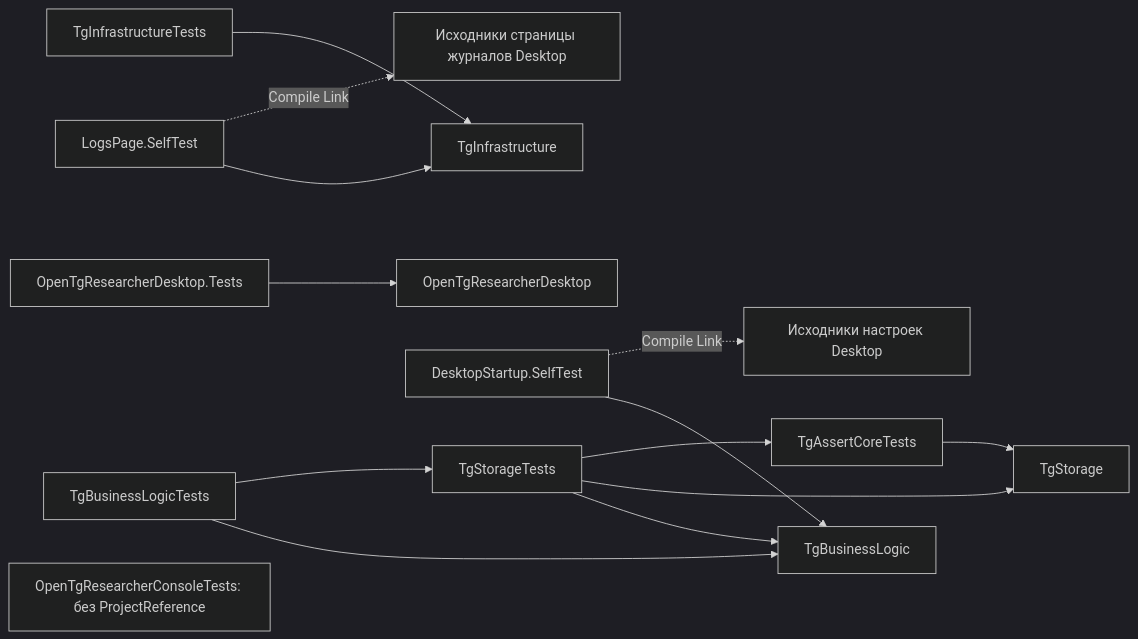
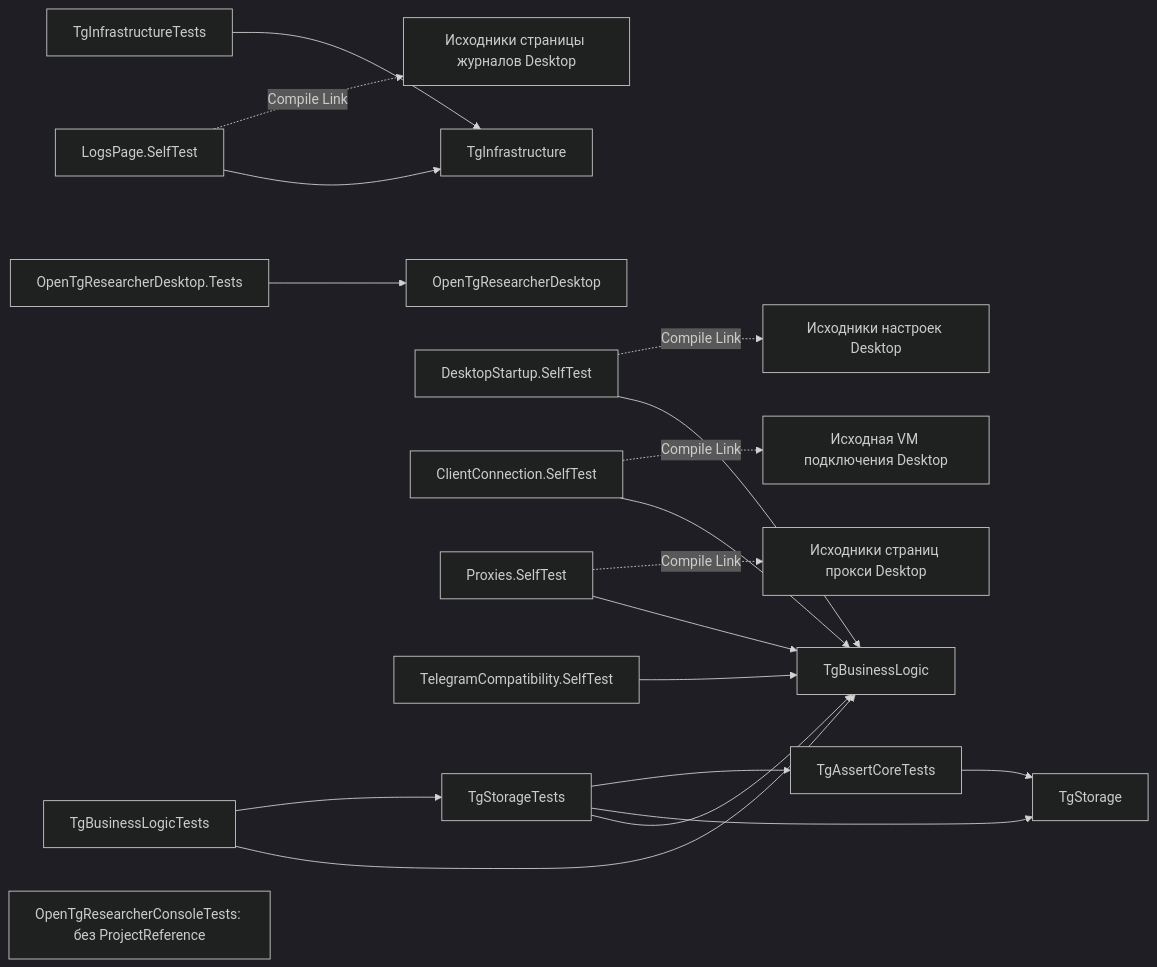
The fourth of 4 diagrams in ARCHITECTURE.md (DamianMorozov/OpenTgResearcher), drawn with Mermaid (dark theme) before and after one commit. The commit also changed other lines of this file and 75 other files, not shown here.

Commit message:
Исправление логики страницы подключения клиента, выбора прокси и подтверждения операций, добавление селфтестов; изменение целевой платформы на .NET 10; обновление NuGet пакетов

````diff
--- a/ARCHITECTURE.md
+++ b/ARCHITECTURE.md
@@ -167,16 +173,21 @@
 ```mermaid
 flowchart LR
     InfraTests["TgInfrastructureTests"] --> Infrastructure["TgInfrastructure"]
     StorageTests["TgStorageTests"] --> Business["TgBusinessLogic"]
     StorageTests --> Storage["TgStorage"]
     StorageTests --> SharedTests["TgAssertCoreTests"]
     SharedTests --> Storage
     BusinessTests["TgBusinessLogicTests"] --> Business
     BusinessTests --> StorageTests
     DesktopTests["OpenTgResearcherDesktop.Tests"] --> Desktop["OpenTgResearcherDesktop"]
     LogsTests["LogsPage.SelfTest"] --> Infrastructure
     StartupTests["DesktopStartup.SelfTest"] --> Business
+    ConnectionTests["ClientConnection.SelfTest"] --> Business
+    ProxyTests["Proxies.SelfTest"] --> Business
+    TelegramCompatibilityTests["TelegramCompatibility.SelfTest"] --> Business
     ConsoleTests["OpenTgResearcherConsoleTests: без ProjectReference"]
     LogsTests -. "Compile Link" .-> LogsSource["Исходники страницы журналов Desktop"]
     StartupTests -. "Compile Link" .-> SettingsSource["Исходники настроек Desktop"]
+    ConnectionTests -. "Compile Link" .-> ConnectionSource["Исходная VM подключения Desktop"]
+    ProxyTests -. "Compile Link" .-> ProxySource["Исходники страниц прокси Desktop"]
 ```
````
